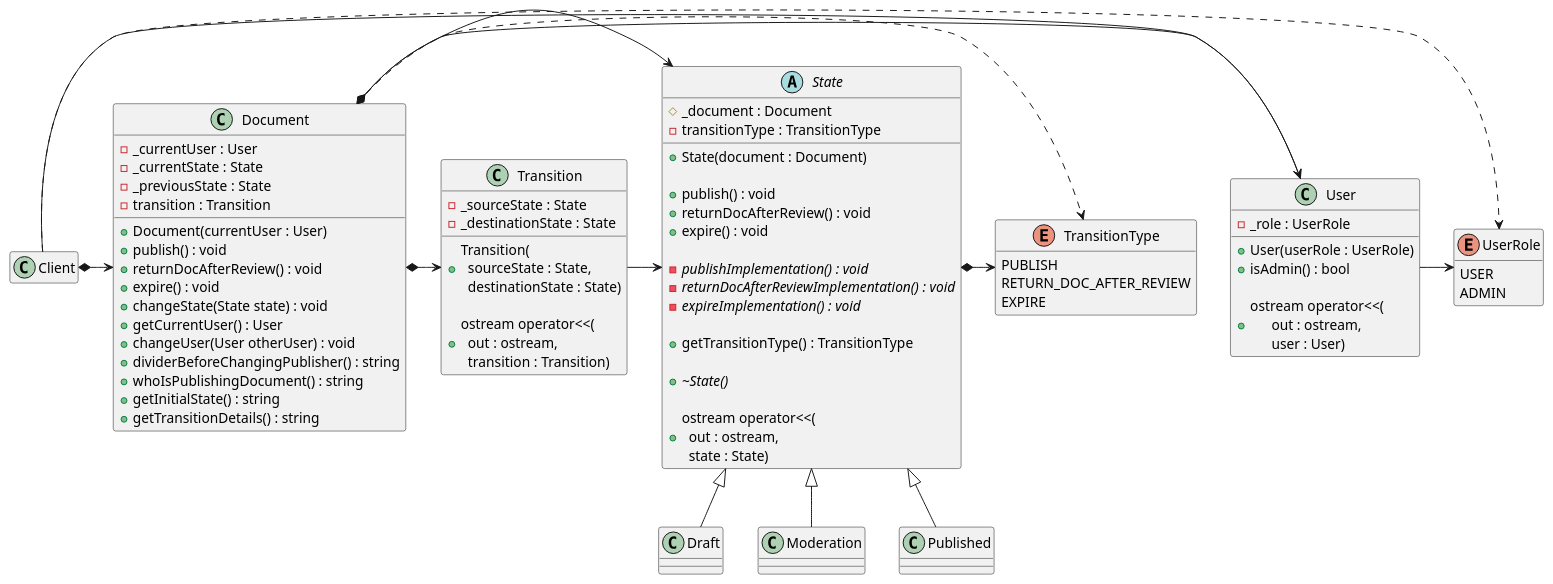
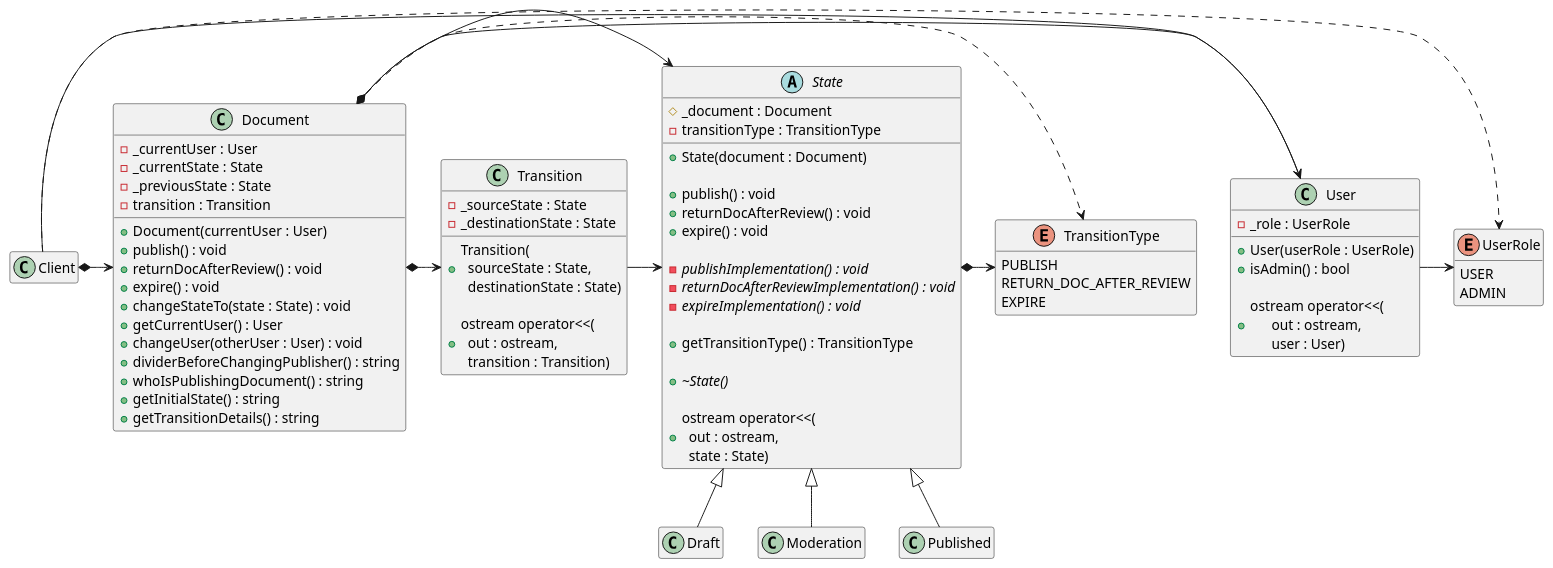
The diagram in state_design_pattern/documentAsStateDesignPatternProduction/state_design_pattern-class_diagram.puml (kyberdrb/CLionProjects), drawn with PlantUML before and after one commit. The commit also changed other lines of this file and 7 other files, not shown here.

Commit message:
State design pattern: complete UML sequence diagram + edit class diagram

```diff
--- a/state_design_pattern/documentAsStateDesignPatternProduction/state_design_pattern-class_diagram.puml
+++ b/state_design_pattern/documentAsStateDesignPatternProduction/state_design_pattern-class_diagram.puml
@@ -1,113 +1,116 @@
 @startuml
 'https://plantuml.com/class-diagram
 
 class Client
 hide Client members
 
 Client *-> Document
 Client -> User
 Client .> UserRole
 
 class Document {
     + Document(currentUser : User)
     + publish() : void
     + returnDocAfterReview() : void
     + expire() : void
-    + changeState(State state) : void
+    + changeStateTo(state : State) : void
     + getCurrentUser() : User
-    + changeUser(User otherUser) : void
+    + changeUser(otherUser : User) : void
     + dividerBeforeChangingPublisher() : string
     + whoIsPublishingDocument() : string
     + getInitialState() : string
     + getTransitionDetails() : string
 
     - _currentUser : User
     - _currentState : State
     - _previousState : State
     - transition : Transition
 }
 
 Document *-> User
 Document *-> State
 Document *-> Transition
 Document .> TransitionType
 
 abstract class State {
     + State(document : Document)
 
     + publish() : void
     + returnDocAfterReview() : void
     + expire() : void
 
   - {abstract} publishImplementation() : void
   - {abstract} returnDocAfterReviewImplementation() : void
   - {abstract} expireImplementation() : void
 
   + getTransitionType() : TransitionType
 
   + {abstract} ~State()
 
   + ostream operator<<(\n\
   out : ostream,\n\
   state : State)
 
     # _document : Document
     - transitionType : TransitionType
 }
 
 State *-> TransitionType
 
 State <|-- Draft
 State <|-- Moderation
 State <|-- Published
 
 class Draft
+hide Draft members
 
 class Moderation
+hide Moderation members
 
 class Published
+hide Published members
 
 class Transition {
     + Transition(\n\
   sourceState : State,\n\
   destinationState : State)
 
     + ostream operator<<(\n\
   out : ostream,\n\
   transition : Transition)
 
     - _sourceState : State
     - _destinationState : State
 }
 
 Transition -> State
 
 enum TransitionType {
     PUBLISH
     RETURN_DOC_AFTER_REVIEW
     EXPIRE
 }
 
 hide TransitionType methods
 
 class User {
     + User(userRole : UserRole)
     + isAdmin() : bool
 
     + ostream operator<<(\n\
       out : ostream,\n\
       user : User)
 
     - _role : UserRole
 }
 
 User -> UserRole
 
 enum UserRole {
     USER
     ADMIN
 }
 
 hide UserRole methods
 
 @enduml
```
